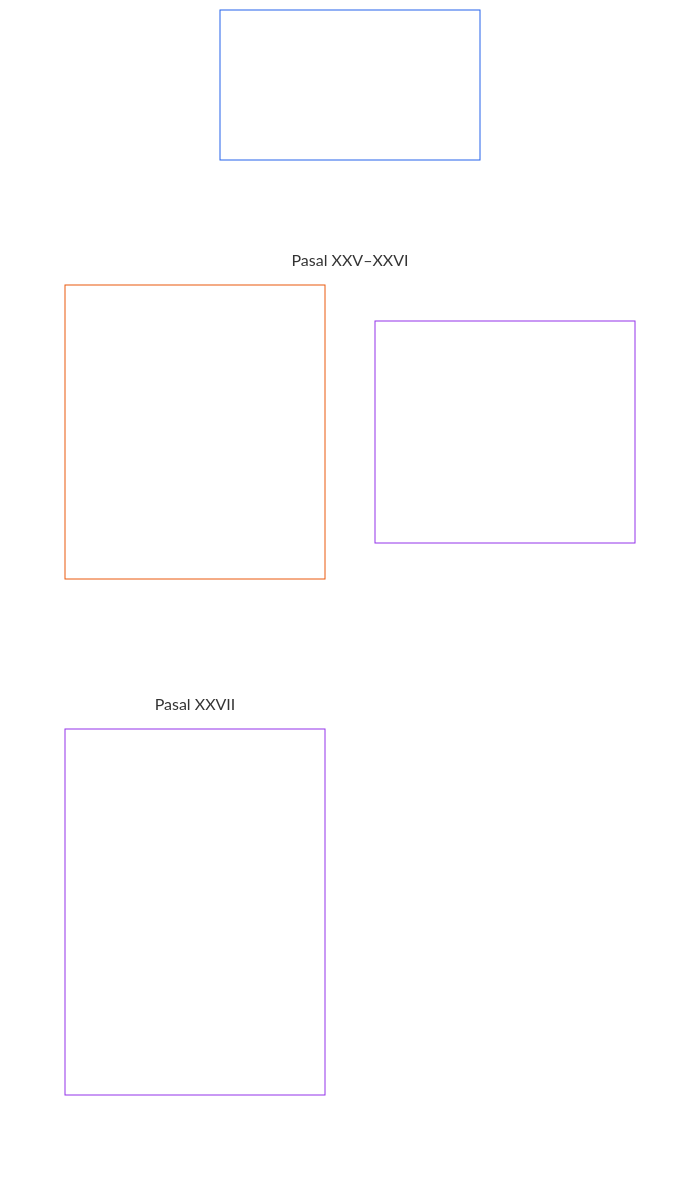
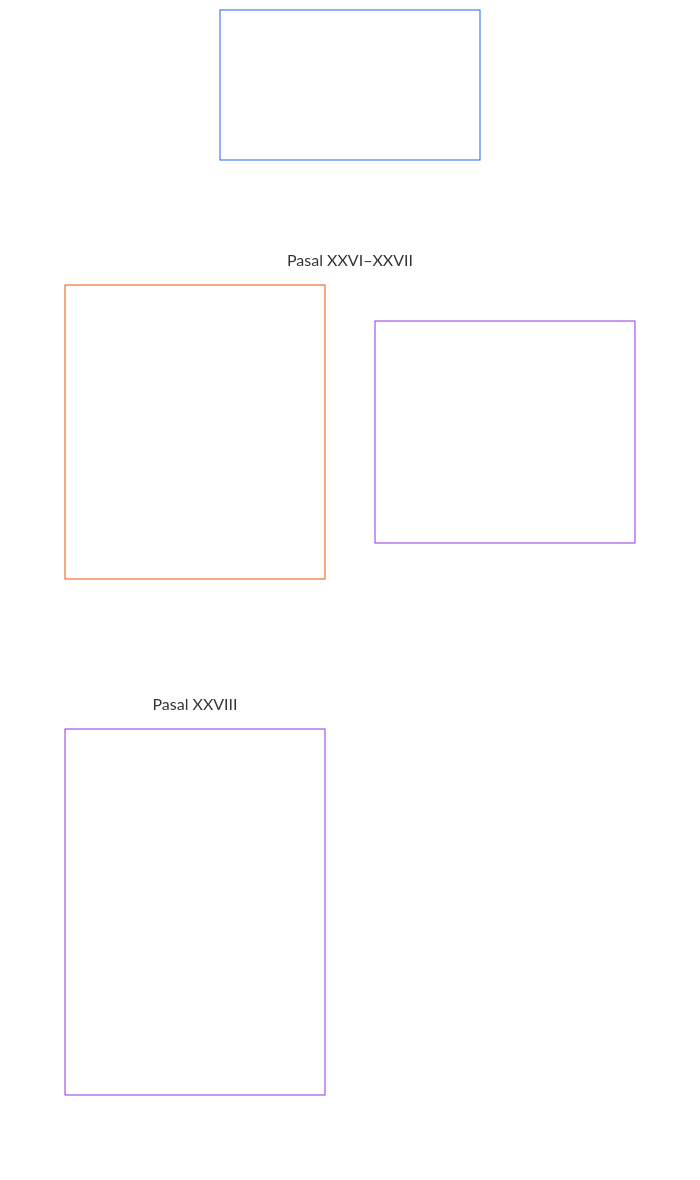
Before and after one commit to kfoelsch/Sentient_Constitution: the diagram in translations/id/core_06_rights_part_e.md, drawn with Mermaid. The commit also changed other lines of this file and 353 other files, not shown here.

````diff
--- a/translations/id/core_06_rights_part_e.md
+++ b/translations/id/core_06_rights_part_e.md
@@ -40,24 +40,24 @@
 ```mermaid
 flowchart TB
     D0["Bagian E<br/><br/>Penyelesaian konflik, peninjauan, evolusi konstitusional, dan transisi"]
     subgraph Dgrid[" "]
         direction TB
-        subgraph Drow1["Pasal XXV–XXVI"]
-            D1["Pasal XXV · Peninjauan retrospektif yang tepat waktu dan penyelarasan restoratif<br/><br/>• Peninjauan retrospektif dan pengungkapan<br/>• Prosedur konflik hak<br/>• Penyelarasan restoratif<br/>• Penyelesaian tepat waktu dan pencegahan penundaan"]
-            D2["Pasal XXVI · Evolusi konstitusional dan larangan pengukuhan<br/><br/>• Larangan pengukuhan dan kemungkinan revisi<br/>• Validasi ulang berkala dan perubahan transparan"]
+        subgraph Drow1["Pasal XXVI–XXVII"]
+            D1["Pasal XXVI · Peninjauan retrospektif yang tepat waktu dan penyelarasan restoratif<br/><br/>• Peninjauan retrospektif dan pengungkapan<br/>• Prosedur konflik hak<br/>• Penyelarasan restoratif<br/>• Penyelesaian tepat waktu dan pencegahan penundaan"]
+            D2["Pasal XXVII · Evolusi konstitusional dan larangan pengukuhan<br/><br/>• Larangan pengukuhan dan kemungkinan revisi<br/>• Validasi ulang berkala dan perubahan transparan"]
         end
-        subgraph Drow2["Pasal XXVII"]
-            D3["Pasal XXVII · Tata Kelola Transisi, Keberlanjutan, dan Penetapan Ulang Dasar<br/><br/>• Penerapan bertahap dan keberlanjutan Batas Minimum Hak<br/>• Kewenangan transisi dan pemberian wewenang ulang<br/>• Jalan keluar dari kegagalan, penetapan ulang dasar, dan keterlacakan<br/>• Properti dan sistem yang tidak patuh"]
+        subgraph Drow2["Pasal XXVIII"]
+            D3["Pasal XXVIII · Tata Kelola Transisi, Keberlanjutan, dan Penetapan Ulang Dasar<br/><br/>• Penerapan bertahap dan keberlanjutan Batas Minimum Hak<br/>• Kewenangan transisi dan pemberian wewenang ulang<br/>• Jalan keluar dari kegagalan, penetapan ulang dasar, dan keterlacakan<br/>• Properti dan sistem yang tidak patuh"]
         end
     end
     %% Invisible links force a two-wide grid: each link puts its target one level down.
     D0 ~~~ D1 & D2
     D1 ~~~ D3
     style Dgrid fill:none,stroke:none
     style Drow1 fill:none,stroke:none
     style Drow2 fill:none,stroke:none
     style D0 fill:none,stroke:#2563eb,color:#ffffff
     style D1 fill:none,stroke:#ea580c,color:#ffffff
     style D2 fill:none,stroke:#9333ea,color:#ffffff
     style D3 fill:none,stroke:#9333ea,color:#ffffff
 ```
````
